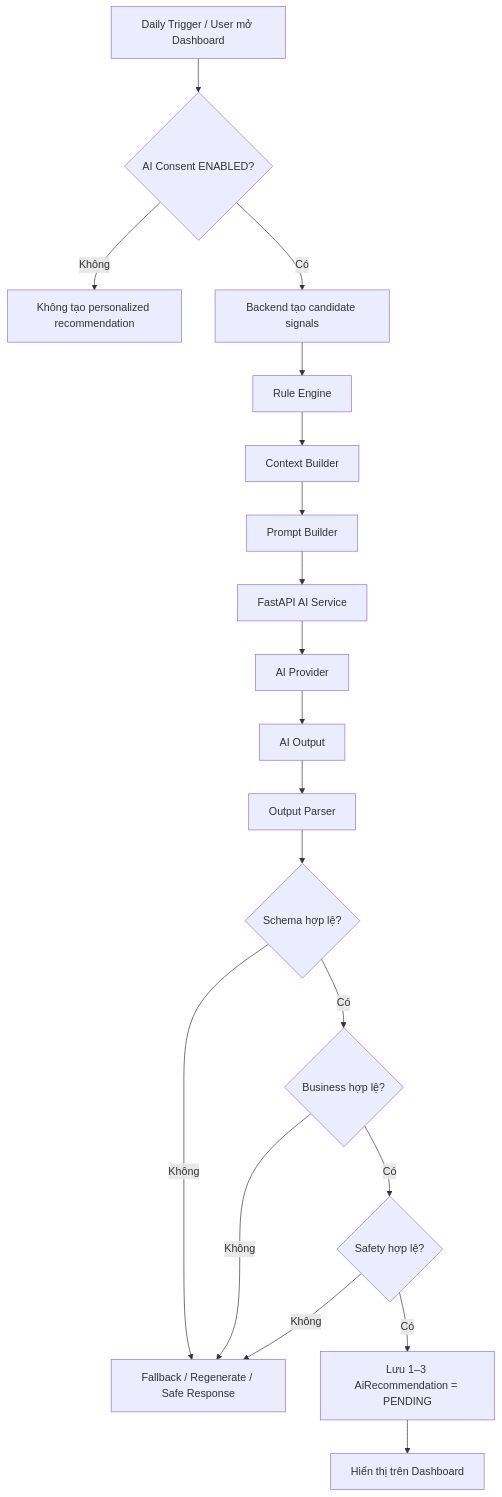
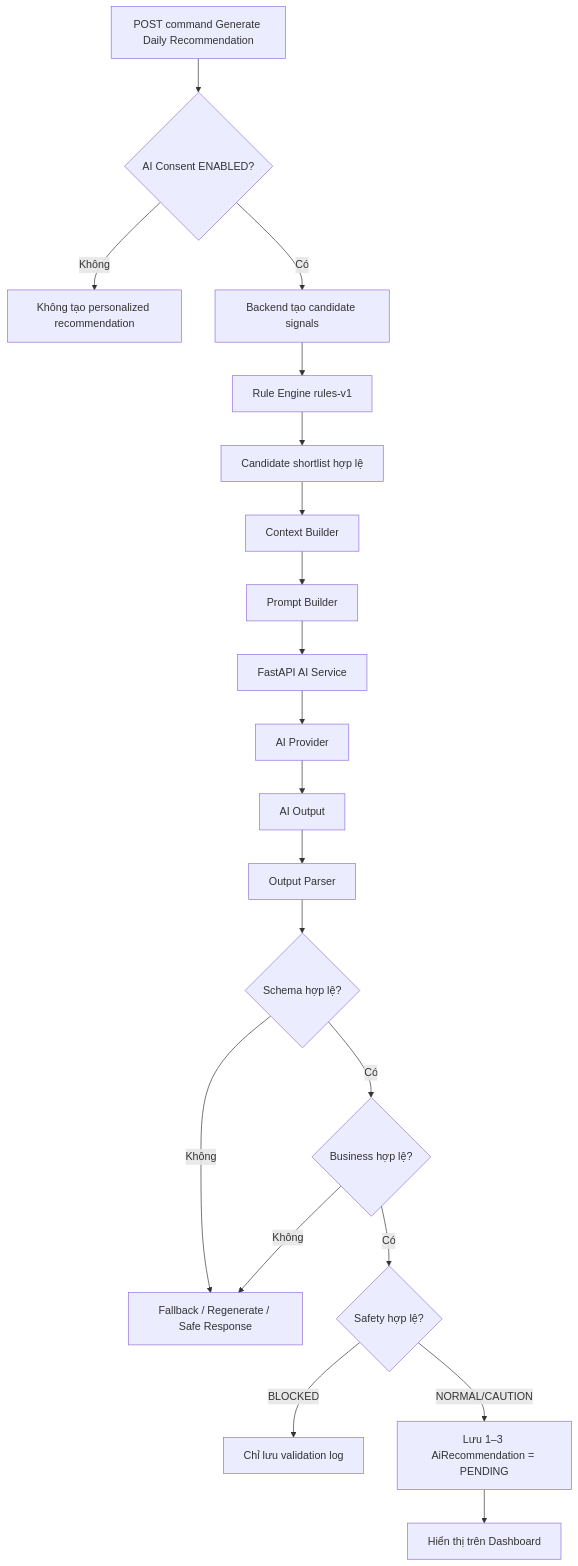
Before and after one commit to tgiahuy/VieGym: diagram 13 of 21 in docs/spec/bussiness_mainflow.md, drawn with Mermaid. The commit also changed other lines of this file and 25 other files, not shown here.

````diff
--- a/docs/spec/bussiness_mainflow.md
+++ b/docs/spec/bussiness_mainflow.md
@@ -1065,24 +1077,25 @@
 ```mermaid
 flowchart TD
-    Trigger[Daily Trigger / User mở Dashboard] --> Consent{AI Consent ENABLED?}
+    Trigger[POST command Generate Daily Recommendation] --> Consent{AI Consent ENABLED?}
     Consent -- Không --> NoRecommendation[Không tạo personalized recommendation]
 
     Consent -- Có --> Signals[Backend tạo candidate signals]
-    Signals --> Rule[Rule Engine]
-    Rule --> Context[Context Builder]
+    Signals --> Rule[Rule Engine rules-v1]
+    Rule --> Shortlist[Candidate shortlist hợp lệ]
+    Shortlist --> Context[Context Builder]
     Context --> Prompt[Prompt Builder]
     Prompt --> AI[FastAPI AI Service]
     AI --> Provider[AI Provider]
     Provider --> Output[AI Output]
 
     Output --> Parse[Output Parser]
     Parse --> Schema{Schema hợp lệ?}
     Schema -- Không --> Fallback[Fallback / Regenerate / Safe Response]
     Schema -- Có --> Business{Business hợp lệ?}
     Business -- Không --> Fallback
     Business -- Có --> Safety{Safety hợp lệ?}
-    Safety -- Không --> Fallback
-    Safety -- Có --> Recommendation[Lưu 1–3 AiRecommendation = PENDING]
+    Safety -- BLOCKED --> ValidationOnly[Chỉ lưu validation log]
+    Safety -- NORMAL/CAUTION --> Recommendation[Lưu 1–3 AiRecommendation = PENDING]
 
     Recommendation --> Dashboard[Hiển thị trên Dashboard]
 ```
````
